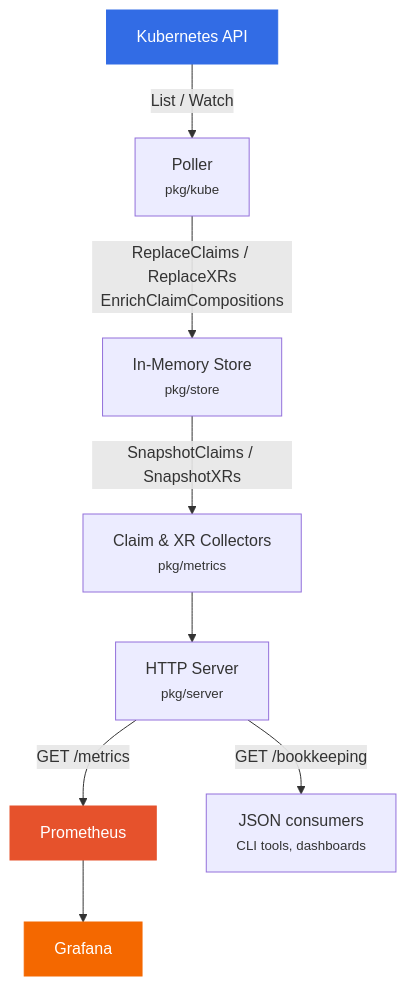
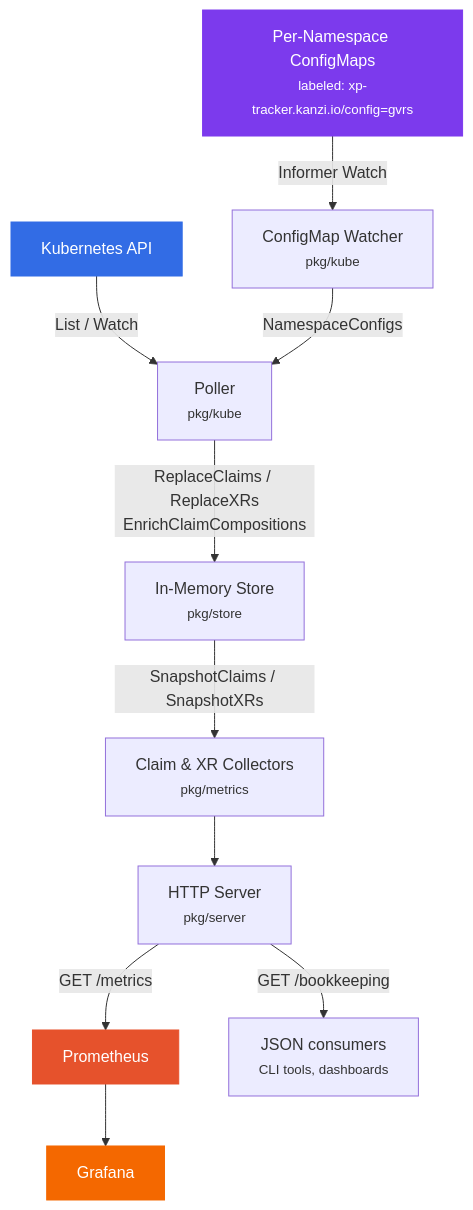
The diagram in docs/index.md (kanzifucius/xp-tracker), drawn with Mermaid before and after one commit. The commit also changed other lines of this file and 31 other files, not shown here.

First line of the commit message:
Add namespace configmap support and configmap watcher

````diff
--- a/docs/index.md
+++ b/docs/index.md
@@ -83,14 +83,17 @@
 ```mermaid
 graph TD
     A[Kubernetes API] -->|List / Watch| B[Poller<br/><small>pkg/kube</small>]
+    NS[Per-Namespace ConfigMaps<br/><small>labeled: xp-tracker.kanzi.io/config=gvrs</small>] -->|Informer Watch| W[ConfigMap Watcher<br/><small>pkg/kube</small>]
+    W -->|NamespaceConfigs| B
     B -->|ReplaceClaims / ReplaceXRs<br/>EnrichClaimCompositions| C[In-Memory Store<br/><small>pkg/store</small>]
     C -->|SnapshotClaims / SnapshotXRs| D[Claim & XR Collectors<br/><small>pkg/metrics</small>]
     D --> E[HTTP Server<br/><small>pkg/server</small>]
     E -->|GET /metrics| F[Prometheus]
     E -->|GET /bookkeeping| G[JSON consumers<br/><small>CLI tools, dashboards</small>]
     F --> H[Grafana]
 
     style A fill:#326CE5,color:#fff,stroke:#326CE5
+    style NS fill:#7C3AED,color:#fff,stroke:#7C3AED
     style F fill:#E6522C,color:#fff,stroke:#E6522C
     style H fill:#F46800,color:#fff,stroke:#F46800
 ```
````
